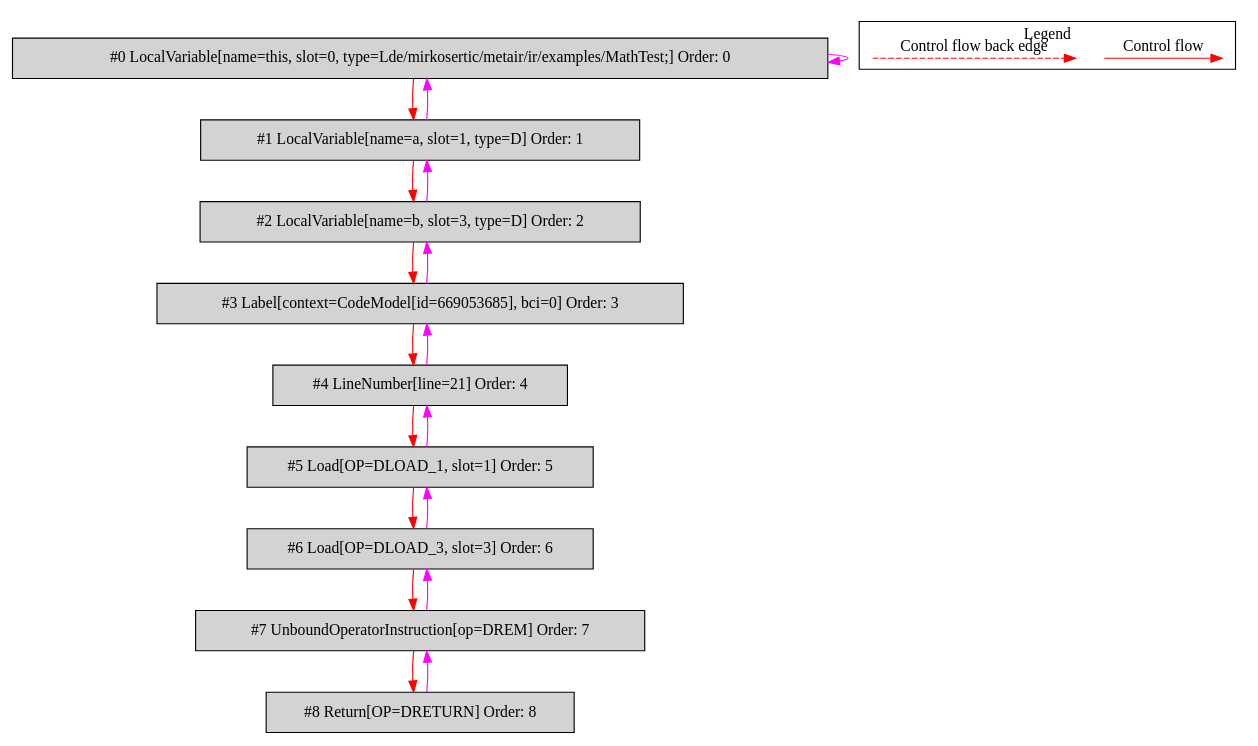
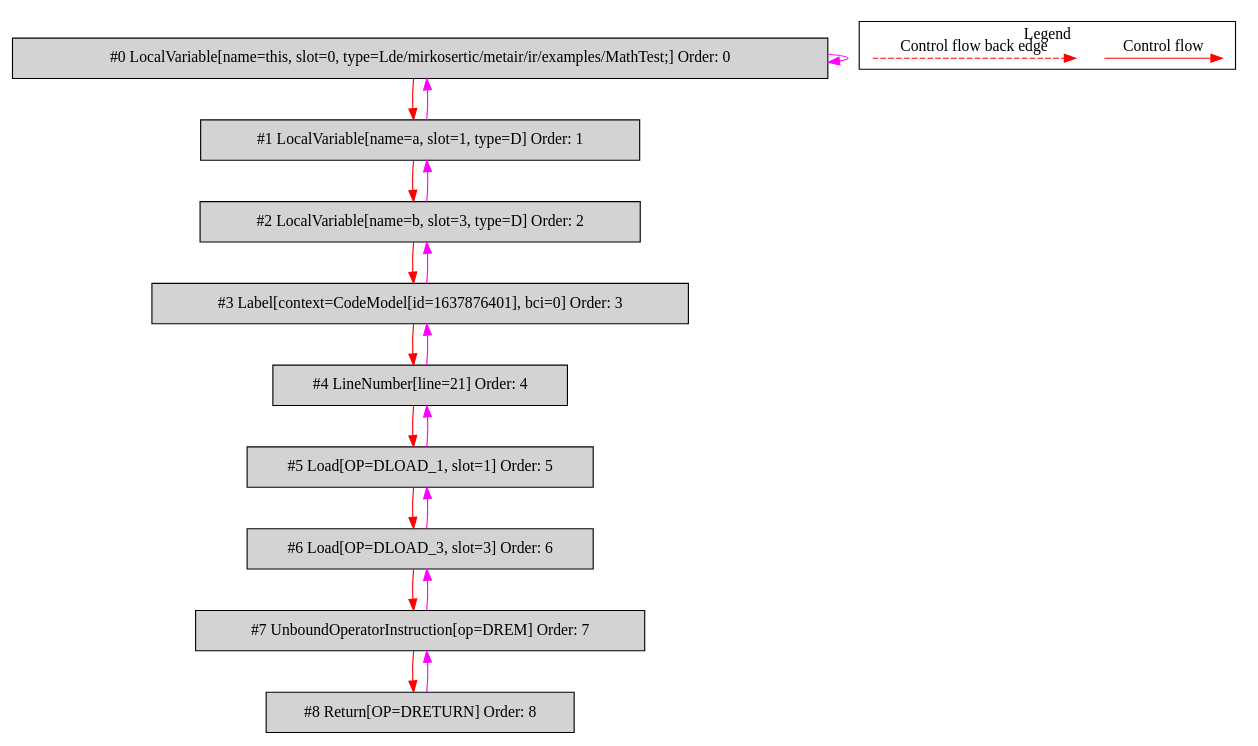
The diagram in de.mirkosertic.metair.ir.examples.MathTest/drem/bytecodecfg.dot (mirkosertic/MetaIR), drawn with Graphviz before and after one commit. The commit also changed 1265 other files, not shown here.

```diff
--- a/de.mirkosertic.metair.ir.examples.MathTest/drem/bytecodecfg.dot
+++ b/de.mirkosertic.metair.ir.examples.MathTest/drem/bytecodecfg.dot
@@ -1,43 +1,43 @@
 digraph {
  ordering="in";
  node0[label="#0 LocalVariable[name=this, slot=0, type=Lde/mirkosertic/metair/ir/examples/MathTest;] Order: 0", shape=box, fillcolor=lightgrey, style=filled];
  node1[label="#1 LocalVariable[name=a, slot=1, type=D] Order: 1", shape=box, fillcolor=lightgrey, style=filled];
  node2[label="#2 LocalVariable[name=b, slot=3, type=D] Order: 2", shape=box, fillcolor=lightgrey, style=filled];
- node3[label="#3 Label[context=CodeModel[id=669053685], bci=0] Order: 3", shape=box, fillcolor=lightgrey, style=filled];
+ node3[label="#3 Label[context=CodeModel[id=1637876401], bci=0] Order: 3", shape=box, fillcolor=lightgrey, style=filled];
  node4[label="#4 LineNumber[line=21] Order: 4", shape=box, fillcolor=lightgrey, style=filled];
  node5[label="#5 Load[OP=DLOAD_1, slot=1] Order: 5", shape=box, fillcolor=lightgrey, style=filled];
  node6[label="#6 Load[OP=DLOAD_3, slot=3] Order: 6", shape=box, fillcolor=lightgrey, style=filled];
  node7[label="#7 UnboundOperatorInstruction[op=DREM] Order: 7", shape=box, fillcolor=lightgrey, style=filled];
  node8[label="#8 Return[OP=DRETURN] Order: 8", shape=box, fillcolor=lightgrey, style=filled];
  node0 -> node0[color=fuchsia];
  node0 -> node1[color=red];
  node1 -> node0[color=fuchsia];
  node1 -> node2[color=red];
  node2 -> node1[color=fuchsia];
  node2 -> node3[color=red];
  node3 -> node2[color=fuchsia];
  node3 -> node4[color=red];
  node4 -> node3[color=fuchsia];
  node4 -> node5[color=red];
  node5 -> node4[color=fuchsia];
  node5 -> node6[color=red];
  node6 -> node5[color=fuchsia];
  node6 -> node7[color=red];
  node7 -> node6[color=fuchsia];
  node7 -> node8[color=red];
  node8 -> node7[color=fuchsia];
  subgraph cluster_000 {
   label = "Legend";
   node [shape=point]
   {
    rank=same;
    c0 [style = invis];
    c1 [style = invis];
    c2 [style = invis];
    c3 [style = invis];
   }
   c0 -> c1 [label="Control flow", style=solid, color=red]
   c2 -> c3 [label="Control flow back edge", style=dashed, color=red]
  }
 
 }
```
